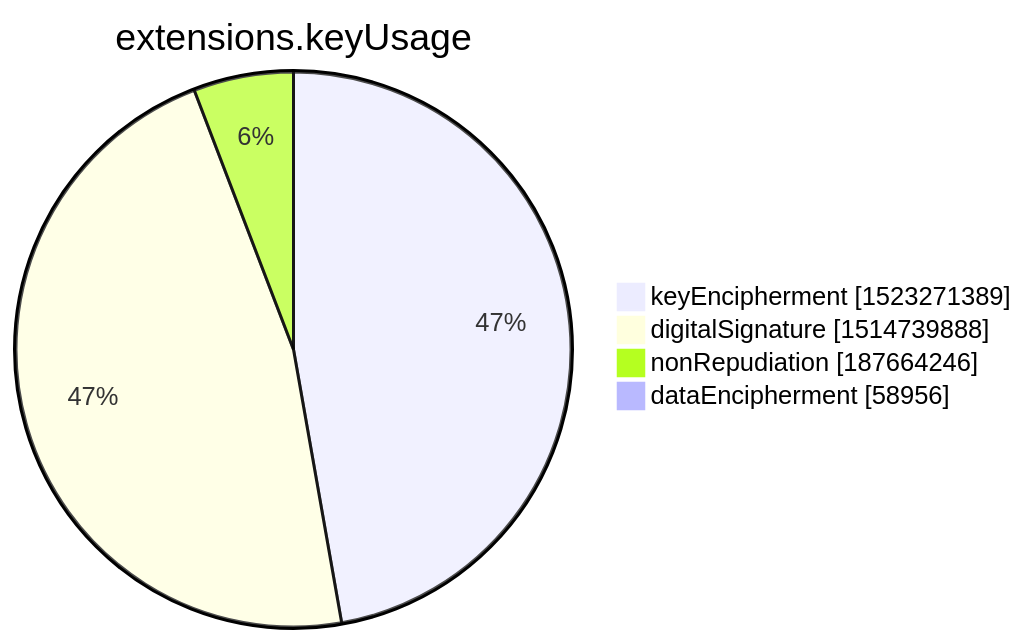
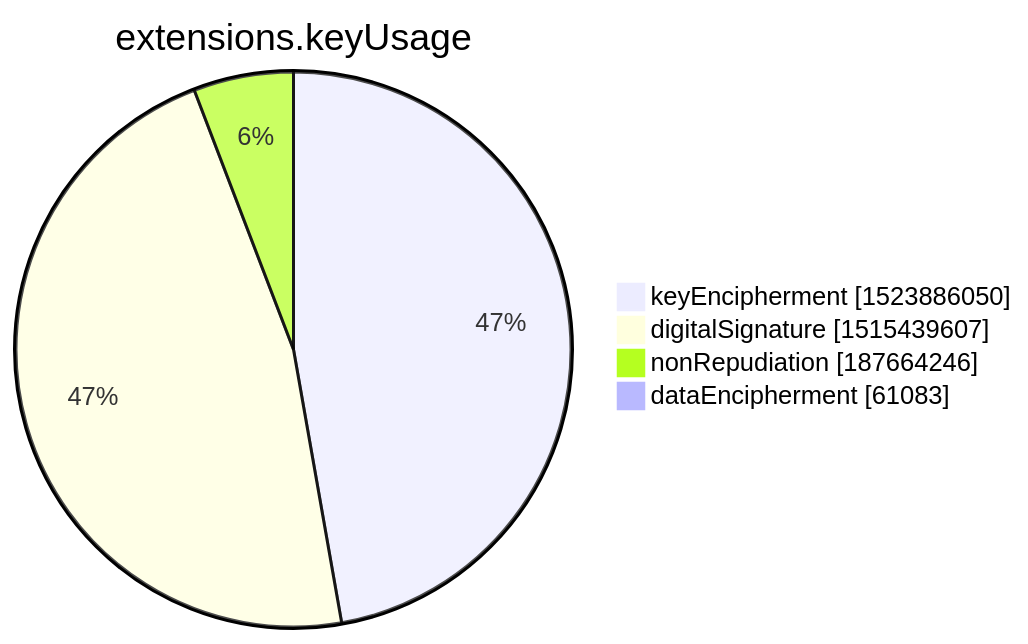
Before and after one commit to christiankrug/ctmonitor_visualization: the seventh of 15 diagrams in xenon2022/README.md, drawn with Mermaid. The commit also changed other lines of this file, not shown here.

````diff
--- a/xenon2022/README.md
+++ b/xenon2022/README.md
@@ -2847,8 +2847,8 @@
 ```mermaid
 pie showData
 title extensions.keyUsage
-"keyEncipherment" :1523271389
-"digitalSignature" :1514739888
+"keyEncipherment" :1523886050
+"digitalSignature" :1515439607
 "nonRepudiation" :187664246
-"dataEncipherment" :58956
+"dataEncipherment" :61083
 ```
````
